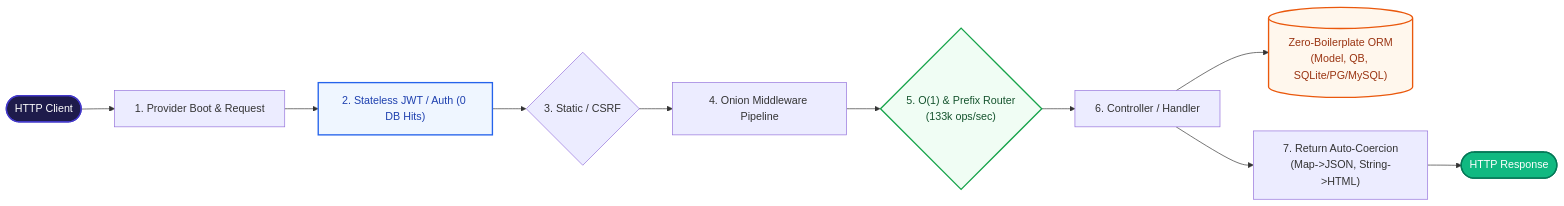
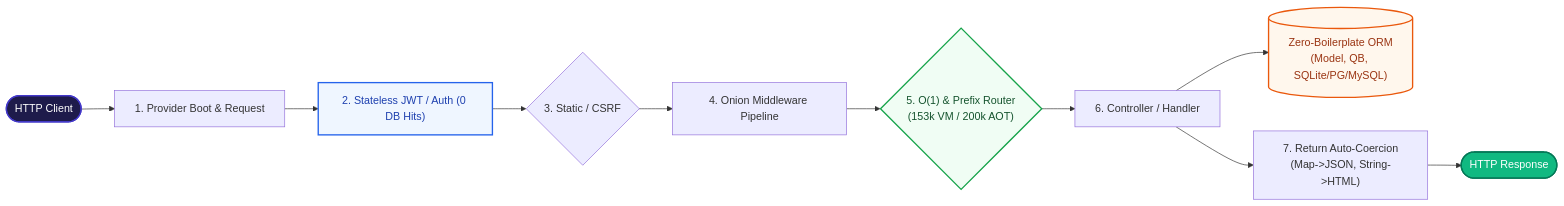
The diagram in README.md (needyamin/spid3r_web), drawn with Mermaid before and after one commit. The commit also changed other lines of this file and 20 other files, not shown here.

````diff
--- a/README.md
+++ b/README.md
@@ -21,18 +21,18 @@
 ```mermaid
 flowchart LR
     Client(["HTTP Client"]) --> Boot["1. Provider Boot & Request"]
     Boot --> Auth["2. Stateless JWT / Auth (0 DB Hits)"]
     Auth --> CSRF{"3. Static / CSRF"}
     CSRF --> GlobalMW["4. Onion Middleware Pipeline"]
-    GlobalMW --> Router{"5. O(1) & Prefix Router<br/>(133k ops/sec)"}
+    GlobalMW --> Router{"5. O(1) & Prefix Router<br/>(153k VM / 200k AOT)"}
     Router --> Handler["6. Controller / Handler"]
     Handler --> ORM[("Zero-Boilerplate ORM<br/>(Model, QB, SQLite/PG/MySQL)")]
     Handler --> Coerce["7. Return Auto-Coercion<br/>(Map->JSON, String->HTML)"]
     Coerce --> Res(["HTTP Response"])
 
     style Client fill:#1e1b4b,stroke:#4338ca,stroke-width:2px,color:#fff
     style Auth fill:#eff6ff,stroke:#2563eb,stroke-width:2px,color:#1e40af
     style Router fill:#f0fdf4,stroke:#16a34a,stroke-width:2px,color:#14532d
     style ORM fill:#fff7ed,stroke:#ea580c,stroke-width:2px,color:#9a3412
     style Res fill:#10b981,stroke:#047857,stroke-width:2px,color:#fff
 ```
````
